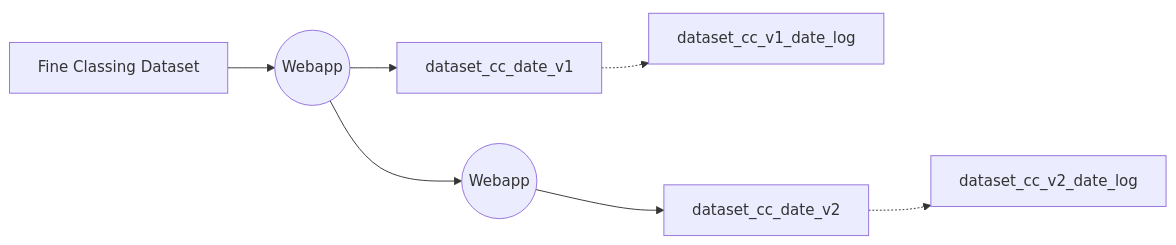
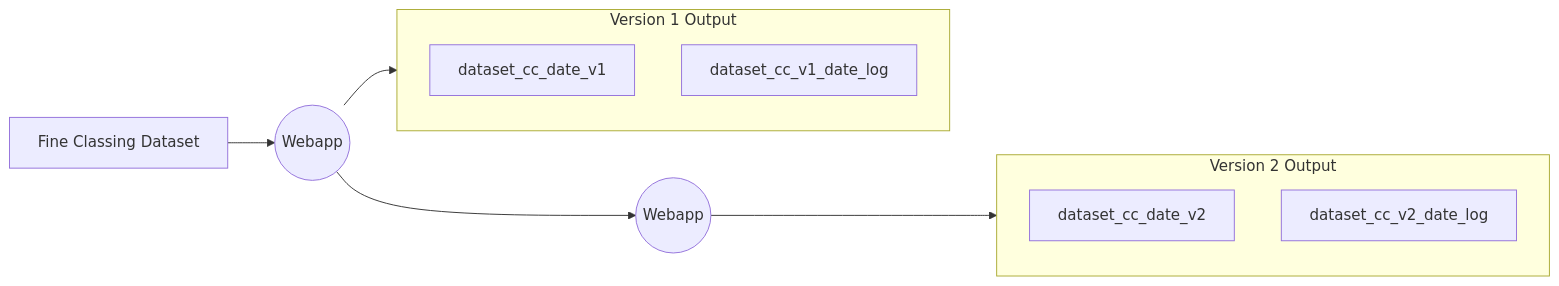
The diagram in doc/Implementation.md (HaoWuSprintMilestone/NorthernArc_Rebuild), drawn with Mermaid before and after one commit.

Commit message:
update image

````diff
--- a/doc/Implementation.md
+++ b/doc/Implementation.md
@@ -166,15 +166,18 @@
 ```mermaid
 graph LR
     A[Fine Classing Dataset] --> B((Webapp))
-    B --> C[dataset_cc_date_v1]
-    B --> D[dataset_cc_v1_date_log]
+    B --> E((Webapp))
     
-    B --> E((Webapp))
-    E --> F[dataset_cc_date_v2]
-    E --> G[dataset_cc_v2_date_log]
+    subgraph V1 [Version 1 Output]
+    C[dataset_cc_date_v1]
+    D[dataset_cc_v1_date_log]
+    end
     
-    C -.-> D
-    F -.-> G
-    linkStyle 2 stroke:#fff,stroke-width:0px
-    linkStyle 5 stroke:#fff,stroke-width:0px
+    subgraph V2 [Version 2 Output]
+    F[dataset_cc_date_v2]
+    G[dataset_cc_v2_date_log]
+    end
+    
+    B --> V1
+    E --> V2
 ```
````
